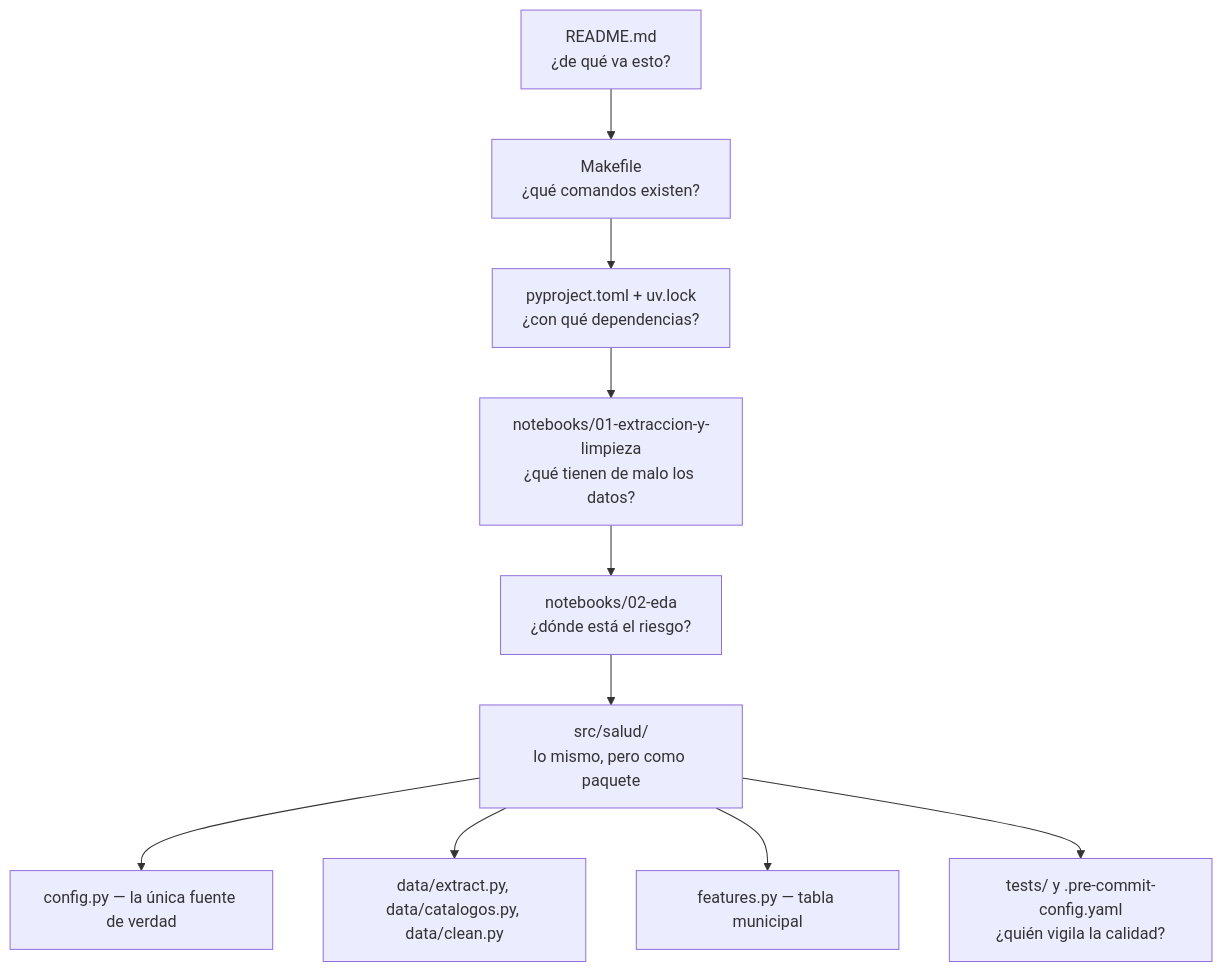
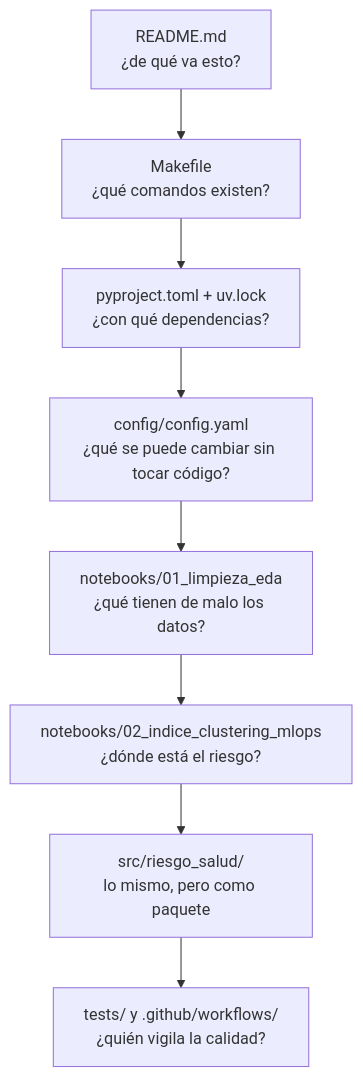
Before and after one commit to DABO-lab/riesgo-acceso-salud: the second of 2 diagrams in README.md, drawn with Mermaid. The commit also changed other lines of this file and 5 other files, not shown here.

````diff
--- a/README.md
+++ b/README.md
@@ -42,12 +71,10 @@
 ```mermaid
 flowchart TD
     A["README.md<br/>¿de qué va esto?"] --> B["Makefile<br/>¿qué comandos existen?"]
     B --> C["pyproject.toml + uv.lock<br/>¿con qué dependencias?"]
-    C --> D["notebooks/01-extraccion-y-limpieza<br/>¿qué tienen de malo los datos?"]
-    D --> E["notebooks/02-eda<br/>¿dónde está el riesgo?"]
-    E --> F["src/salud/<br/>lo mismo, pero como paquete"]
-    F --> F1["config.py — la única fuente de verdad"]
-    F --> F2["data/extract.py, data/catalogos.py, data/clean.py"]
-    F --> F3["features.py — tabla municipal"]
-    F --> G["tests/ y .pre-commit-config.yaml<br/>¿quién vigila la calidad?"]
+    C --> D["config/config.yaml<br/>¿qué se puede cambiar sin tocar código?"]
+    D --> E["notebooks/01_limpieza_eda<br/>¿qué tienen de malo los datos?"]
+    E --> F["notebooks/02_indice_clustering_mlops<br/>¿dónde está el riesgo?"]
+    F --> G["src/riesgo_salud/<br/>lo mismo, pero como paquete"]
+    G --> H["tests/ y .github/workflows/<br/>¿quién vigila la calidad?"]
 ```
````
